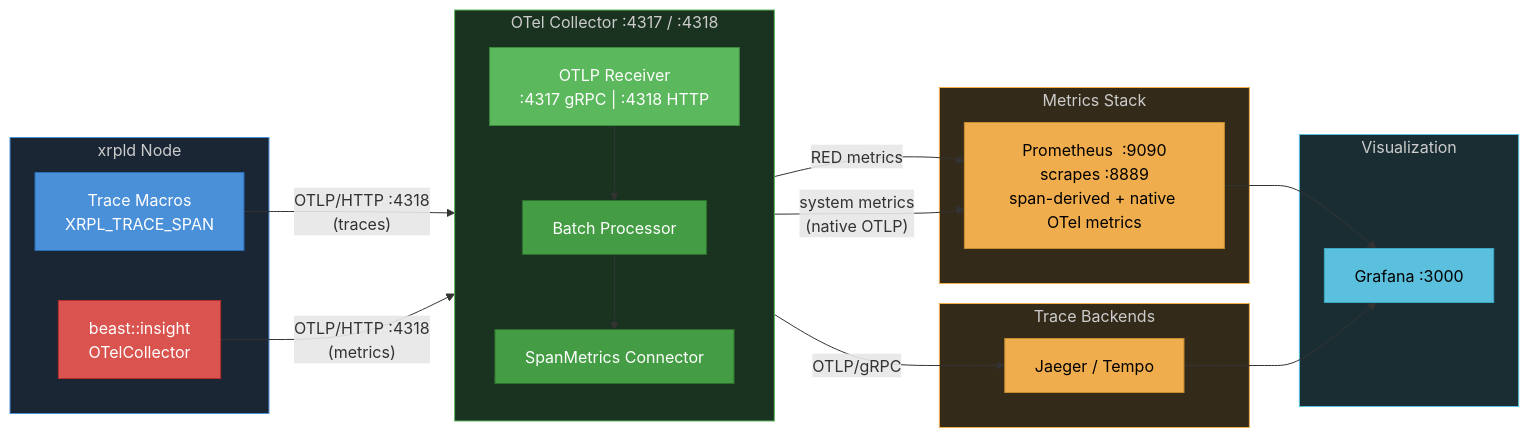
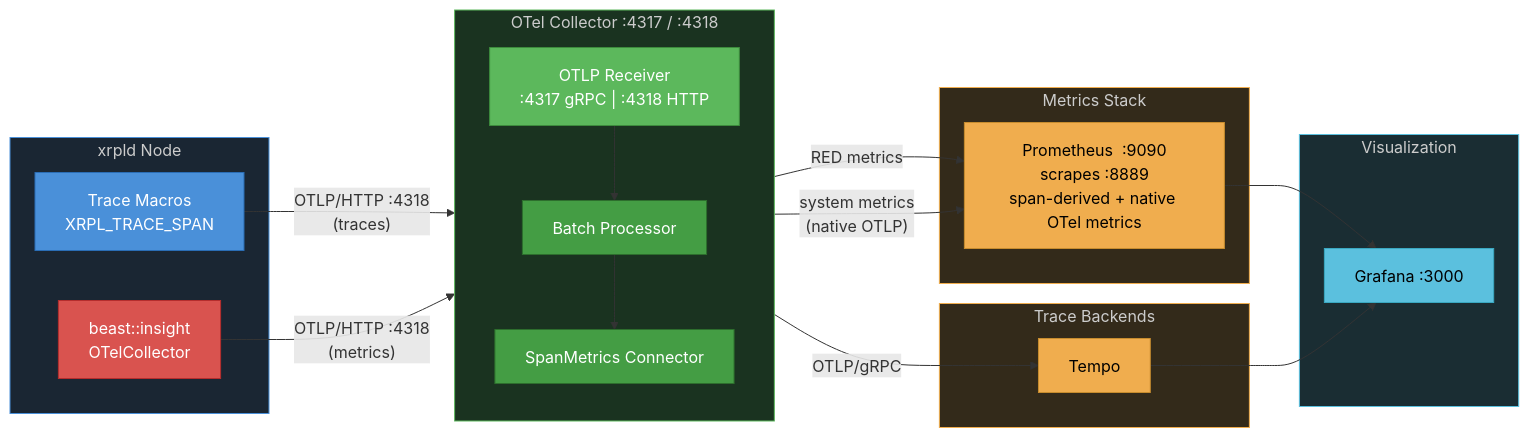
Before and after one commit to XRPLF/rippled: the second of 11 diagrams in OpenTelemetryPlan/06-implementation-phases.md, drawn with Mermaid.

Commit message:
docs(telemetry): drop the stale Jaeger label from the Phase 7 diagram
The Phase 7 section existed twice in this file; the copies disagreed on this
one label. Consolidating on the single copy kept the older wording, but Jaeger
was removed from the project earlier in this chain, so Tempo is the only trace
backend the diagram should name.

````diff
--- a/OpenTelemetryPlan/06-implementation-phases.md
+++ b/OpenTelemetryPlan/06-implementation-phases.md
@@ -469,53 +469,53 @@
 ```mermaid
 graph LR
     subgraph xrpldNode["xrpld Node"]
         A["Trace Macros<br/>XRPL_TRACE_SPAN"]
         B["beast::insight<br/>OTelCollector"]
     end
 
     subgraph collector["OTel Collector  :4317 / :4318"]
         direction TB
         R1["OTLP Receiver<br/>:4317 gRPC  |  :4318 HTTP"]
         BP["Batch Processor"]
         SM["SpanMetrics Connector"]
 
         R1 --> BP
         BP --> SM
     end
 
     subgraph backends["Trace Backends"]
-        D["Jaeger / Tempo"]
+        D["Tempo"]
     end
 
     subgraph metrics["Metrics Stack"]
         E["Prometheus  :9090<br/>scrapes :8889<br/>span-derived + native OTel metrics"]
     end
 
     subgraph viz["Visualization"]
         F["Grafana  :3000"]
     end
 
     A -->|"OTLP/HTTP :4318<br/>(traces)"| R1
     B -->|"OTLP/HTTP :4318<br/>(metrics)"| R1
 
     BP -->|"OTLP/gRPC"| D
     SM -->|"RED metrics"| E
     R1 -->|"system metrics<br/>(native OTLP)"| E
 
     E --> F
     D --> F
 
     style A fill:#4a90d9,color:#fff,stroke:#2a6db5
     style B fill:#d9534f,color:#fff,stroke:#b52d2d
     style R1 fill:#5cb85c,color:#fff,stroke:#3d8b3d
     style BP fill:#449d44,color:#fff,stroke:#2d6e2d
     style SM fill:#449d44,color:#fff,stroke:#2d6e2d
     style D fill:#f0ad4e,color:#000,stroke:#c78c2e
     style E fill:#f0ad4e,color:#000,stroke:#c78c2e
     style F fill:#5bc0de,color:#000,stroke:#3aa8c1
     style xrpldNode fill:#1a2633,color:#ccc,stroke:#4a90d9
     style collector fill:#1a3320,color:#ccc,stroke:#5cb85c
     style backends fill:#332a1a,color:#ccc,stroke:#f0ad4e
     style metrics fill:#332a1a,color:#ccc,stroke:#f0ad4e
     style viz fill:#1a2d33,color:#ccc,stroke:#5bc0de
 ```
````
